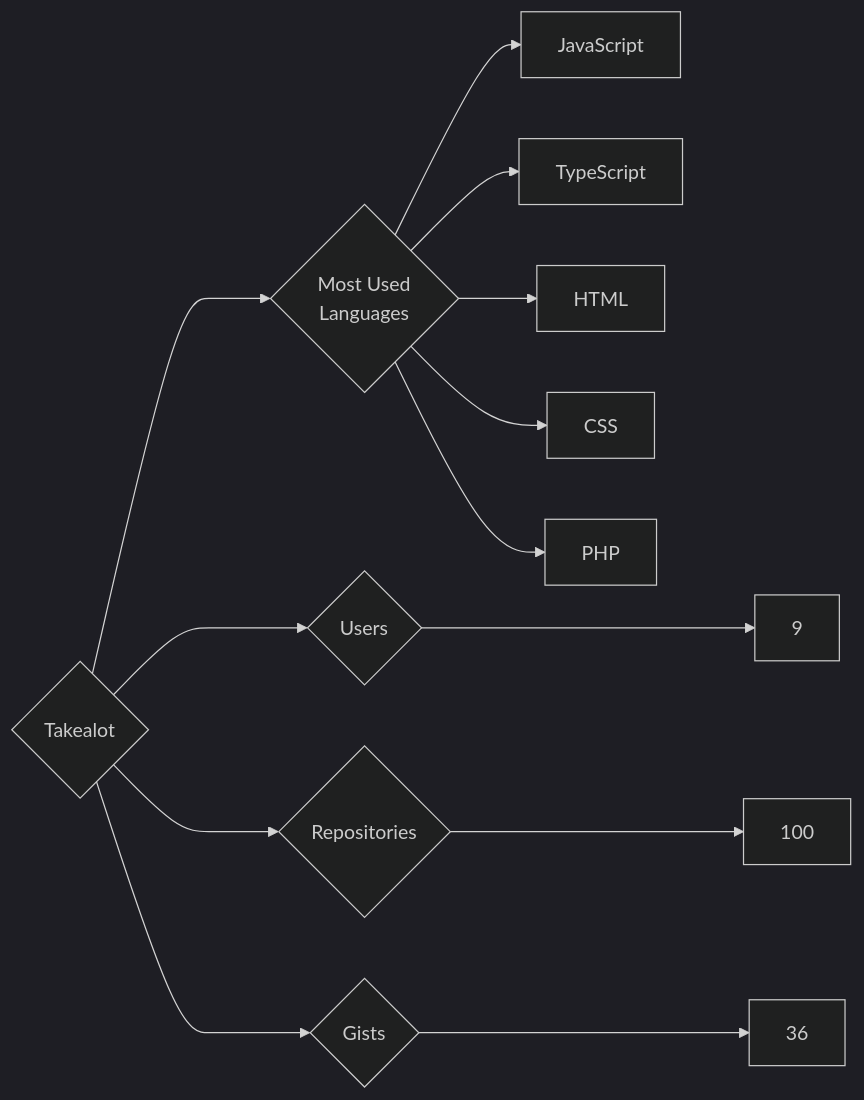
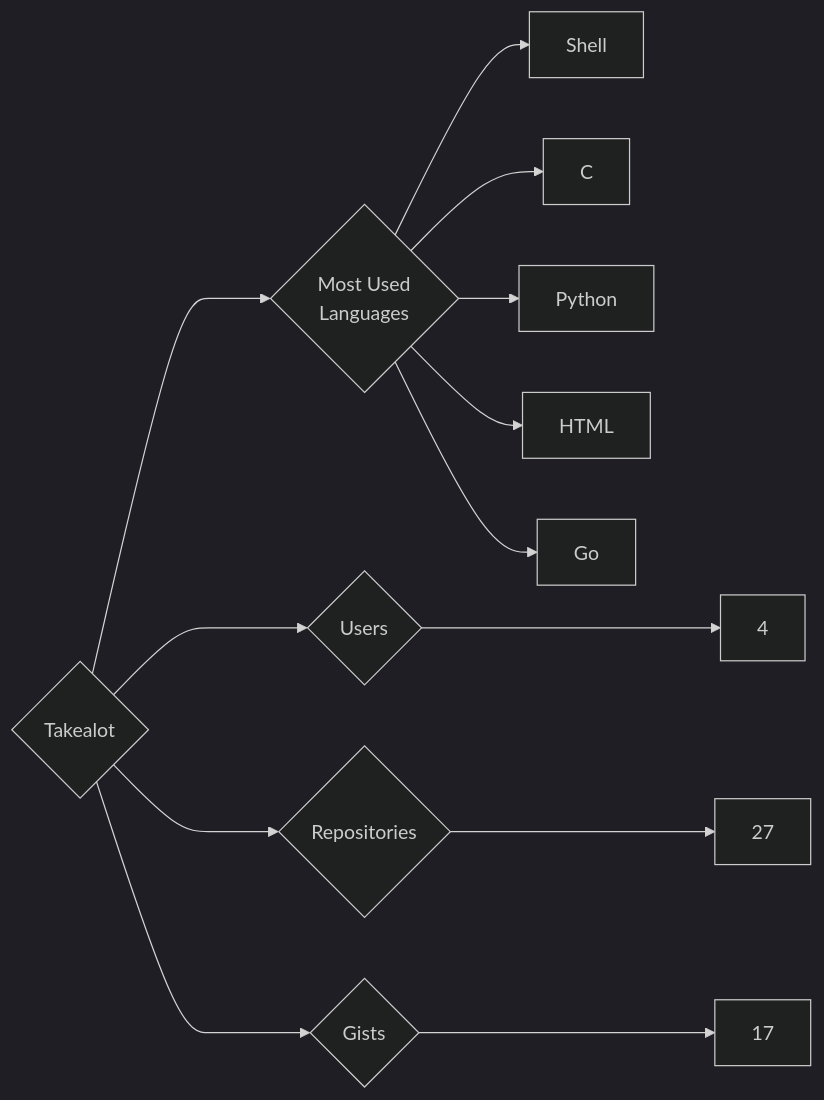
One commit to trickest/insiders changed the diagram in targets/Takealot/README.md. Above: the diagram before and after it, drawn with Mermaid (dark theme). The commit also changed 964 other files, not shown here.

````diff
--- a/targets/Takealot/README.md
+++ b/targets/Takealot/README.md
@@ -3,13 +3,13 @@
 ```mermaid
 graph LR
 COMPANY_NAME{Takealot}
-COMPANY_NAME ---> U{Users} ---> UN[9]
-COMPANY_NAME ---> R{Repositories} ---> RN[100]
-COMPANY_NAME ---> G{Gists} ---> GN[36]
+COMPANY_NAME ---> U{Users} ---> UN[4]
+COMPANY_NAME ---> R{Repositories} ---> RN[27]
+COMPANY_NAME ---> G{Gists} ---> GN[17]
 COMPANY_NAME ---> ML{Most Used<br>Languages}
-ML --> JavaScript[JavaScript]
-ML --> TypeScript[TypeScript]
+ML --> Shell[Shell]
+ML --> C[C]
+ML --> Python[Python]
 ML --> HTML[HTML]
-ML --> CSS[CSS]
-ML --> PHP[PHP]
+ML --> Go[Go]
 ```
````
